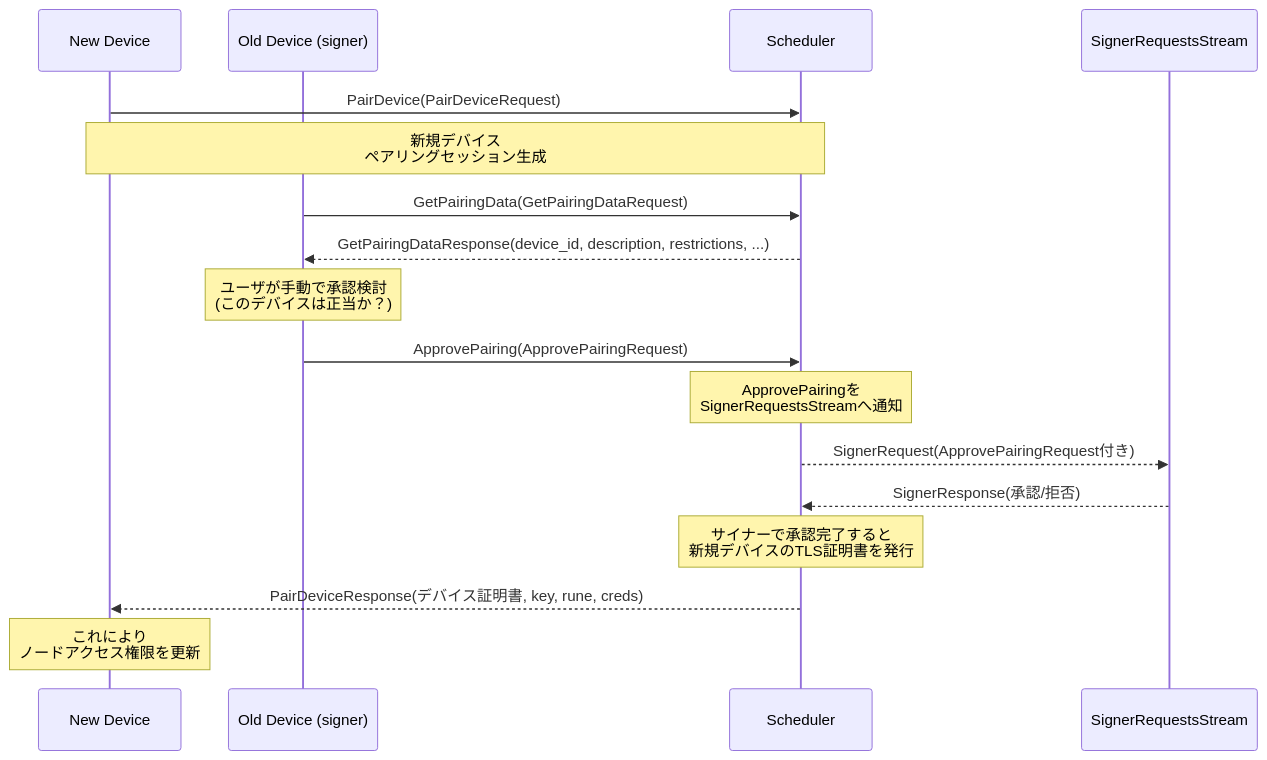
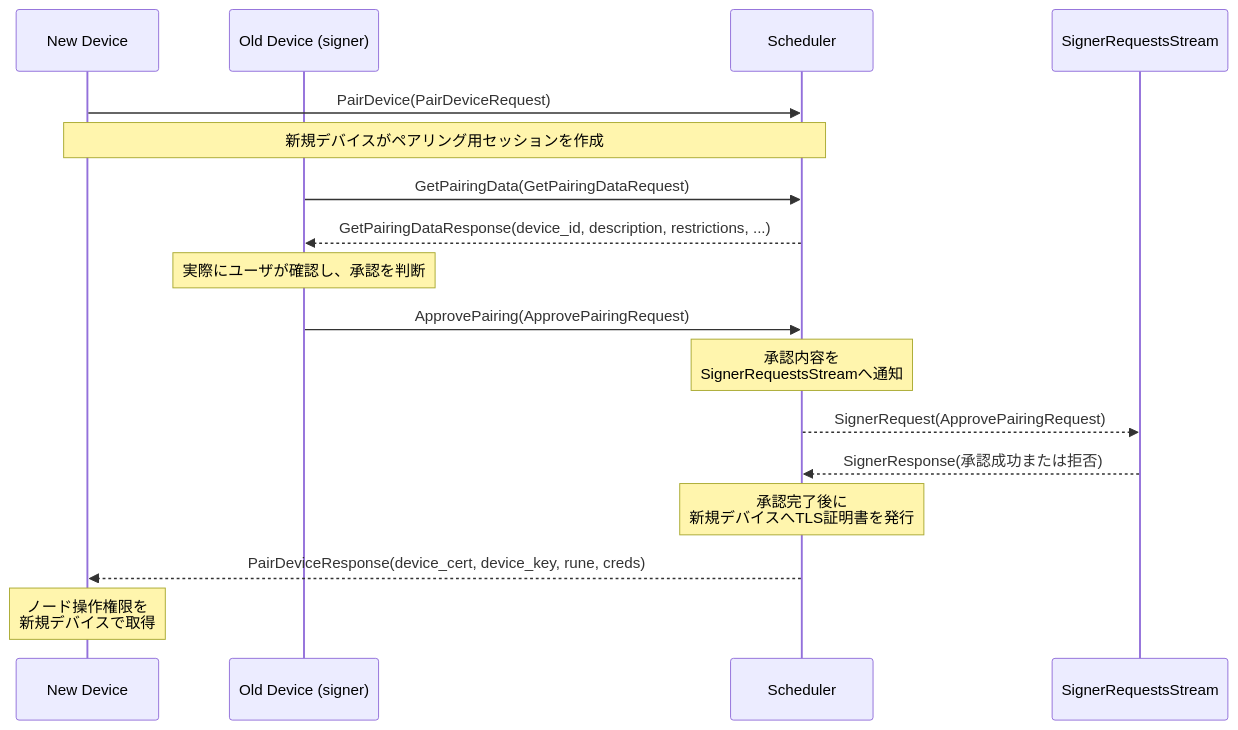
One commit to YusukeShimizu/YusukeShimizu-yusukeshimizu.github.io changed the fourth of 4 diagrams in content/posts/2025-03-19.md. Above: the diagram before and after it, drawn with Mermaid. The commit also changed other lines of this file and 1 other file, not shown here.

````diff
--- a/content/posts/2025-03-19.md
+++ b/content/posts/2025-03-19.md
@@ -203,27 +197,27 @@
 ```mermaid
 sequenceDiagram
     participant NewDevice as New Device
     participant OldDevice as Old Device (signer)
     participant Scheduler as Scheduler
     participant SignerRequests as SignerRequestsStream
 
     NewDevice->>Scheduler: PairDevice(PairDeviceRequest)
-    note over NewDevice,Scheduler: 新規デバイス<br>ペアリングセッション生成
+    note over NewDevice,Scheduler: 新規デバイスがペアリング用セッションを作成
 
     OldDevice->>Scheduler: GetPairingData(GetPairingDataRequest)
     Scheduler-->>OldDevice: GetPairingDataResponse(device_id, description, restrictions, ...)
 
-    note over OldDevice: ユーザが手動で承認検討<br> (このデバイスは正当か？)
+    note over OldDevice: 実際にユーザが確認し、承認を判断
 
     OldDevice->>Scheduler: ApprovePairing(ApprovePairingRequest)
-    note over Scheduler: ApprovePairingを<br>SignerRequestsStreamへ通知
+    note over Scheduler: 承認内容を<br>SignerRequestsStreamへ通知
 
-    Scheduler-->>SignerRequests: SignerRequest(ApprovePairingRequest付き)
-    SignerRequests-->>Scheduler: SignerResponse(承認/拒否)
+    Scheduler-->>SignerRequests: SignerRequest(ApprovePairingRequest)
+    SignerRequests-->>Scheduler: SignerResponse(承認成功または拒否)
 
-    note over Scheduler: サイナーで承認完了すると<br>新規デバイスのTLS証明書を発行
+    note over Scheduler: 承認完了後に<br>新規デバイスへTLS証明書を発行
 
-    Scheduler-->>NewDevice: PairDeviceResponse(デバイス証明書, key, rune, creds)
+    Scheduler-->>NewDevice: PairDeviceResponse(device_cert, device_key, rune, creds)
 
-    note over NewDevice: これにより<br>ノードアクセス権限を更新
+    note over NewDevice: ノード操作権限を<br>新規デバイスで取得
 ```
````
